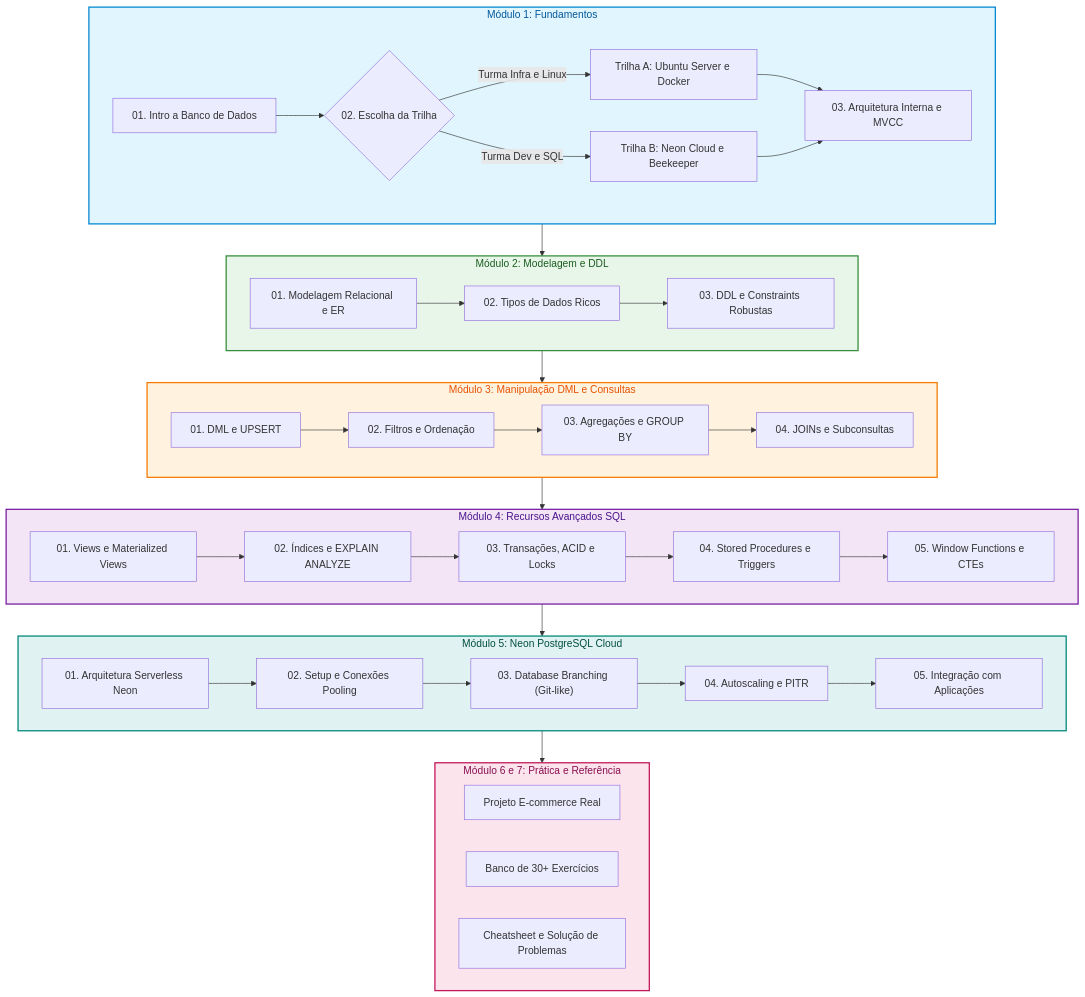
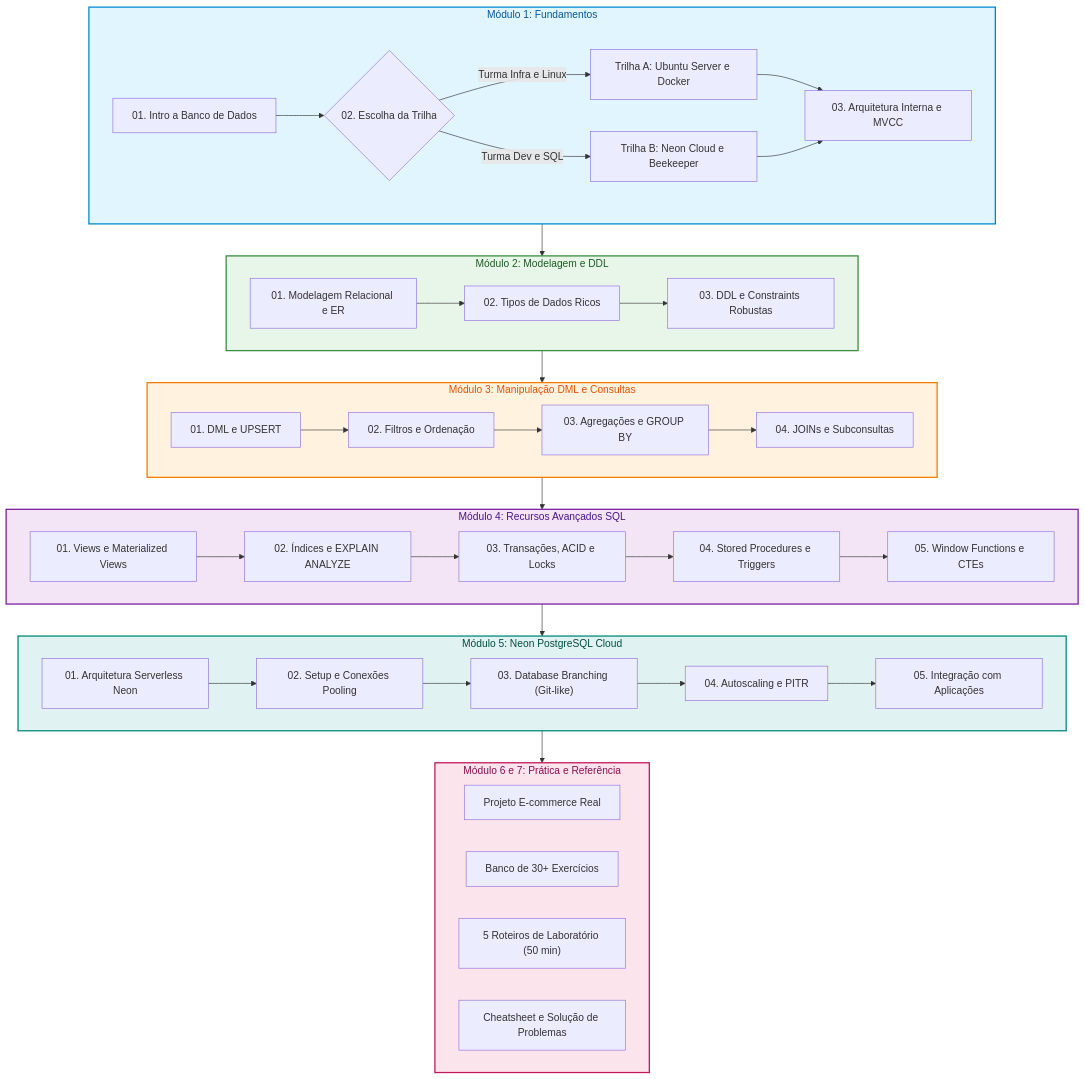
The diagram in README.md (diogofragoso/postgresql), drawn with Mermaid before and after one commit. The commit also changed other lines of this file and 20 other files, not shown here.

````diff
--- a/README.md
+++ b/README.md
@@ -40,54 +40,55 @@
 ```mermaid
 flowchart TD
     classDef fund fill:#e1f5fe,stroke:#0288d1,stroke-width:2px,color:#01579b;
     classDef model fill:#e8f5e9,stroke:#388e3c,stroke-width:2px,color:#1b5e20;
     classDef dml fill:#fff3e0,stroke:#f57c00,stroke-width:2px,color:#e65100;
     classDef adv fill:#f3e5f5,stroke:#7b1fa2,stroke-width:2px,color:#4a148c;
     classDef neon fill:#e0f2f1,stroke:#00897b,stroke-width:2px,color:#004d40;
     classDef proj fill:#fce4ec,stroke:#c2185b,stroke-width:2px,color:#880e4f;
 
     subgraph M1["Módulo 1: Fundamentos"]
         A1["01. Intro a Banco de Dados"] --> A2{"02. Escolha da Trilha"}
         A2 -->|Turma Infra e Linux| A2a["Trilha A: Ubuntu Server e Docker"]
         A2 -->|Turma Dev e SQL| A2b["Trilha B: Neon Cloud e Beekeeper"]
         A2a --> A3["03. Arquitetura Interna e MVCC"]
         A2b --> A3
     end
 
     subgraph M2["Módulo 2: Modelagem e DDL"]
         B1["01. Modelagem Relacional e ER"] --> B2["02. Tipos de Dados Ricos"]
         B2 --> B3["03. DDL e Constraints Robustas"]
     end
 
     subgraph M3["Módulo 3: Manipulação DML e Consultas"]
         C1["01. DML e UPSERT"] --> C2["02. Filtros e Ordenação"]
         C2 --> C3["03. Agregações e GROUP BY"]
         C3 --> C4["04. JOINs e Subconsultas"]
     end
 
     subgraph M4["Módulo 4: Recursos Avançados SQL"]
         D1["01. Views e Materialized Views"] --> D2["02. Índices e EXPLAIN ANALYZE"]
         D2 --> D3["03. Transações, ACID e Locks"]
         D3 --> D4["04. Stored Procedures e Triggers"]
         D4 --> D5["05. Window Functions e CTEs"]
     end
 
     subgraph M5["Módulo 5: Neon PostgreSQL Cloud"]
         E1["01. Arquitetura Serverless Neon"] --> E2["02. Setup e Conexões Pooling"]
         E2 --> E3["03. Database Branching (Git-like)"]
         E3 --> E4["04. Autoscaling e PITR"]
         E4 --> E5["05. Integração com Aplicações"]
     end
 
     subgraph M6["Módulo 6 e 7: Prática e Referência"]
         F1["Projeto E-commerce Real"]
         F2["Banco de 30+ Exercícios"]
-        F3["Cheatsheet e Solução de Problemas"]
+        F3["5 Roteiros de Laboratório (50 min)"]
+        F4["Cheatsheet e Solução de Problemas"]
     end
 
     M1:::fund --> M2:::model
     M2 --> M3:::dml
     M3 --> M4:::adv
     M4 --> M5:::neon
     M5 --> M6:::proj
 ```
````
